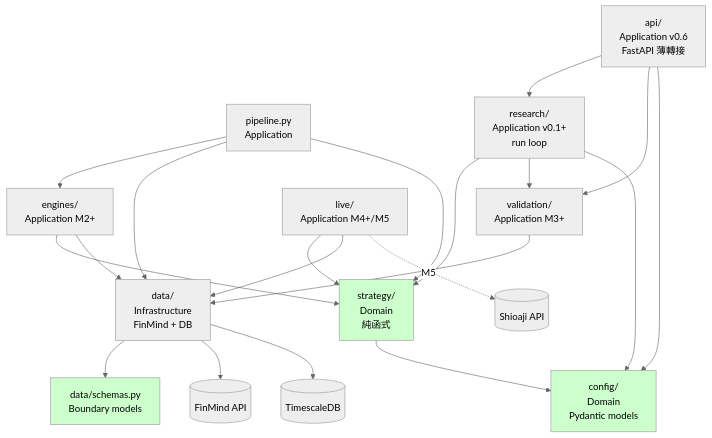
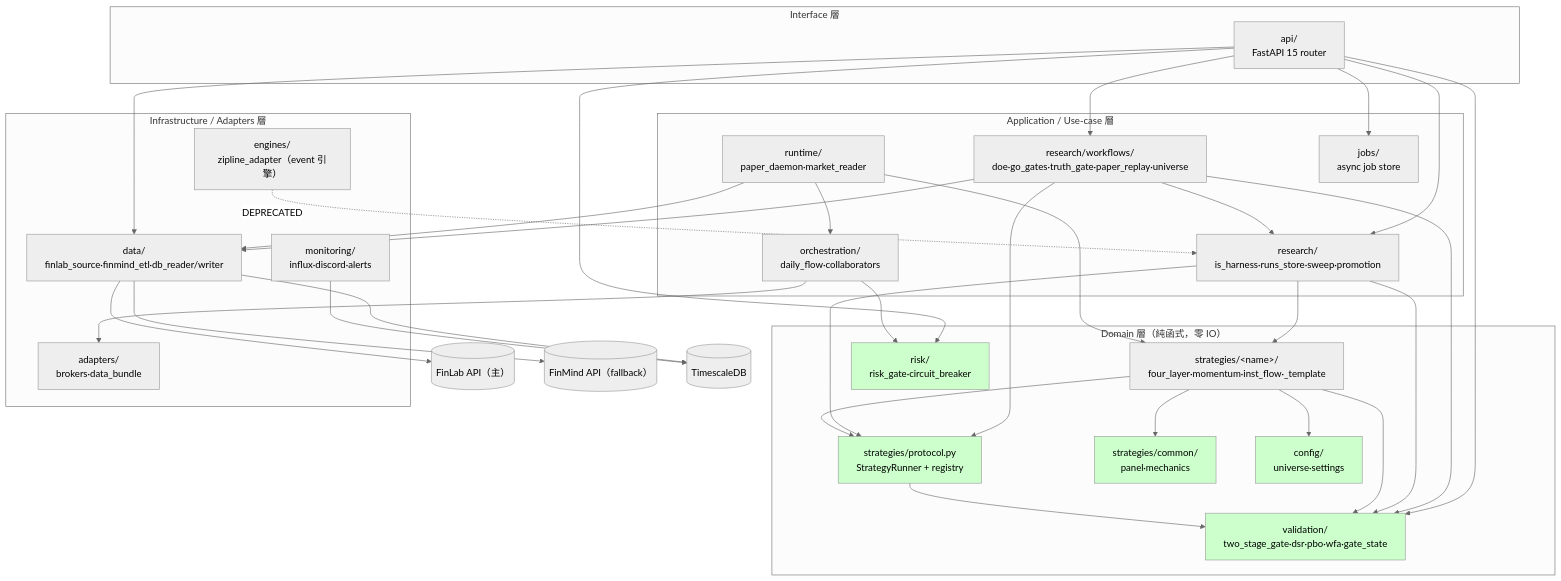
One commit to Zenobia000/Quantitative_Trading changed the diagram in dev_docs/09_file_dependencies_template.md. Above: the diagram before and after it, drawn with Mermaid (neutral theme). The commit also changed other lines of this file and 51 other files, not shown here.

````diff
--- a/dev_docs/09_file_dependencies_template.md
+++ b/dev_docs/09_file_dependencies_template.md
@@ -46,43 +24,66 @@
 ```mermaid
 graph TD
-    Pipeline[pipeline.py<br/>Application]
-    Engines[engines/<br/>Application M2+]
-    Validation[validation/<br/>Application M3+]
-    Research[research/<br/>Application v0.1+<br/>run loop]
-    Api[api/<br/>Application v0.6<br/>FastAPI 薄轉接]
-    Live[live/<br/>Application M4+/M5]
+    subgraph Interface["Interface 層"]
+        Api["api/<br/>FastAPI 15 router"]
+    end
+    subgraph App["Application / Use-case 層"]
+        ResWf["research/workflows/<br/>doe·go_gates·truth_gate·paper_replay·universe"]
+        Research["research/<br/>is_harness·runs_store·sweep·promotion"]
+        Orch["orchestration/<br/>daily_flow·collaborators"]
+        Runtime["runtime/<br/>paper_daemon·market_reader"]
+        Jobs["jobs/<br/>async job store"]
+    end
+    subgraph Domain["Domain 層（純函式，零 IO）"]
+        Proto["strategies/protocol.py<br/>StrategyRunner + registry"]
+        StratImpl["strategies/&lt;name&gt;/<br/>four_layer·momentum·inst_flow·_template"]
+        Common["strategies/common/<br/>panel·mechanics"]
+        Validation["validation/<br/>two_stage_gate·dsr·pbo·wfa·gate_state"]
+        Risk["risk/<br/>risk_gate·circuit_breaker"]
+        Config["config/<br/>universe·settings"]
+    end
+    subgraph Infra["Infrastructure / Adapters 層"]
+        Data["data/<br/>finlab_source·finmind_etl·db_reader/writer"]
+        Adapters["adapters/<br/>brokers·data_bundle"]
+        Engines["engines/<br/>zipline_adapter（event 引擎）"]
+        Monitoring["monitoring/<br/>influx·discord·alerts"]
+    end
 
-    Strategy[strategy/<br/>Domain<br/>純函式]
-    Config[config/<br/>Domain<br/>Pydantic models]
+    FinLab[("FinLab API（主）")]
+    FinMind[("FinMind API（fallback）")]
+    TSDB[("TimescaleDB")]
 
-    Data[data/<br/>Infrastructure<br/>FinMind + DB]
-    Schemas[data/schemas.py<br/>Boundary models]
-
-    FinMind[(FinMind API)]
-    TSDB[(TimescaleDB)]
-    Shioaji[(Shioaji API)]
-
-    Pipeline --> Engines
-    Pipeline --> Data
-    Pipeline --> Strategy
-    Engines --> Strategy
-    Engines --> Data
-    Validation --> Data
-    Research --> Strategy
+    Api --> Research
+    Api --> ResWf
+    Api --> Validation
+    Api --> Risk
+    Api --> Jobs
+    Api --> Data
+    ResWf --> Research
+    ResWf --> Proto
+    ResWf --> Validation
+    ResWf --> Data
+    Research --> Proto
     Research --> Validation
-    Research --> Config
-    Api --> Research
-    Api --> Validation
-    Api --> Config
-    Live --> Strategy
-    Live --> Data
-    Live -.->|M5| Shioaji
-    Strategy --> Config
-    Data --> Schemas
+    Research --> StratImpl
+    Orch --> Adapters
+    Orch --> Risk
+    Runtime --> Orch
+    Runtime --> Data
+    Runtime --> StratImpl
+    StratImpl --> Proto
+    StratImpl --> Common
+    StratImpl --> Validation
+    StratImpl --> Config
+    Proto --> Validation
+    Data --> FinLab
     Data --> FinMind
     Data --> TSDB
+    Monitoring --> TSDB
+    Engines -.DEPRECATED.-> Research
 
-    style Strategy fill:#cfc
+    style Proto fill:#cfc
+    style Validation fill:#cfc
+    style Risk fill:#cfc
     style Config fill:#cfc
-    style Schemas fill:#cfc
+    style Common fill:#cfc
 ```
````
